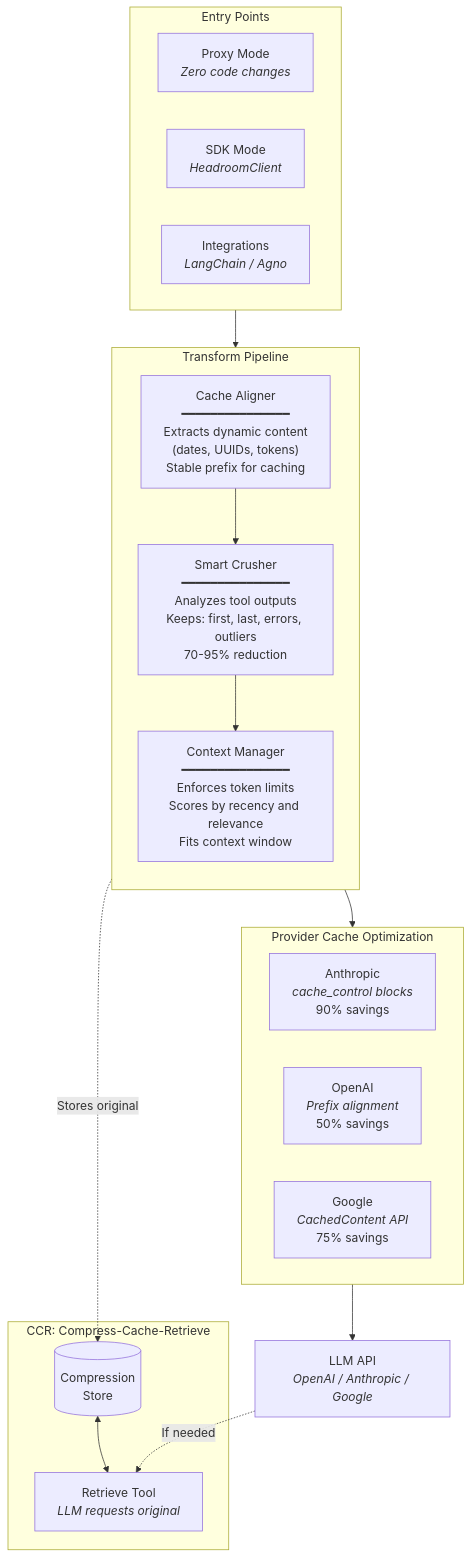
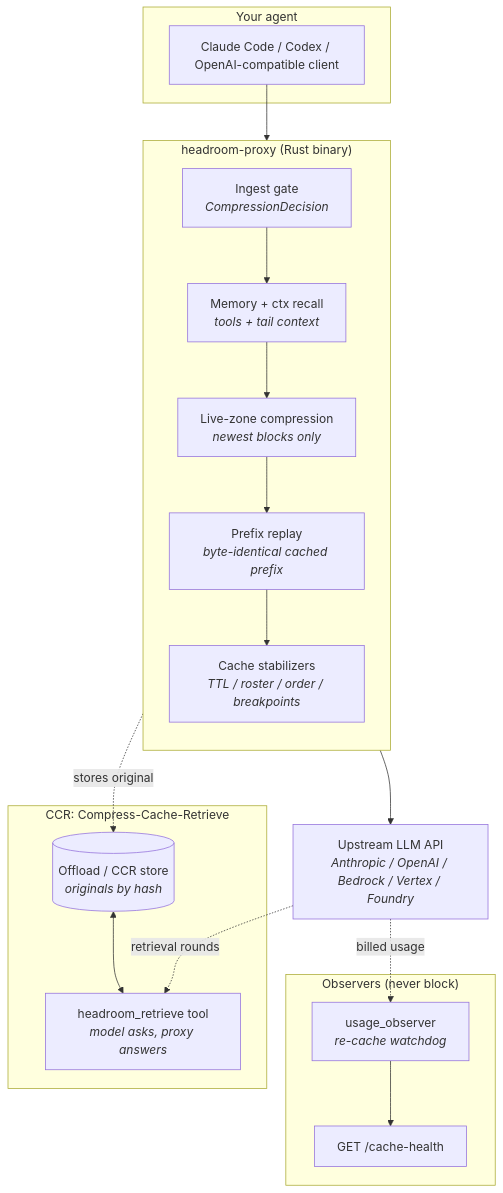
The diagram in wiki/ARCHITECTURE.md (RubenAAA/headroom), drawn with Mermaid before and after one commit. The commit also changed other lines of this file and 26 other files, not shown here.

````diff
--- a/wiki/ARCHITECTURE.md
+++ b/wiki/ARCHITECTURE.md
@@ -5,41 +10,36 @@
 ```mermaid
 flowchart TB
-    subgraph Entry["Entry Points"]
-        Proxy["Proxy Mode<br/><i>Zero code changes</i>"]
-        SDK["SDK Mode<br/><i>HeadroomClient</i>"]
-        Integrations["Integrations<br/><i>LangChain / Agno</i>"]
+    subgraph Client["Your agent"]
+        Code["Claude Code / Codex / OpenAI-compatible client"]
     end
 
-    subgraph Pipeline["Transform Pipeline"]
+    subgraph Proxy["headroom-proxy (Rust binary)"]
         direction TB
-
-        CA["Cache Aligner<br/>━━━━━━━━━━━━━━━<br/>Extracts dynamic content<br/>(dates, UUIDs, tokens)<br/>Stable prefix for caching"]
-
-        SC["Smart Crusher<br/>━━━━━━━━━━━━━━━<br/>Analyzes tool outputs<br/>Keeps: first, last, errors, outliers<br/>70-95% reduction"]
-
-        CM["Context Manager<br/>━━━━━━━━━━━━━━━<br/>Enforces token limits<br/>Scores by recency and relevance<br/>Fits context window"]
-
-        CA --> SC --> CM
-    end
-
-    subgraph Cache["Provider Cache Optimization"]
-        direction LR
-        Anthropic["Anthropic<br/><i>cache_control blocks</i><br/>90% savings"]
-        OpenAI["OpenAI<br/><i>Prefix alignment</i><br/>50% savings"]
-        Google["Google<br/><i>CachedContent API</i><br/>75% savings"]
+        Gate["Ingest gate<br/><i>CompressionDecision</i>"]
+        Mem["Memory + ctx recall<br/><i>tools + tail context</i>"]
+        Comp["Live-zone compression<br/><i>newest blocks only</i>"]
+        Replay["Prefix replay<br/><i>byte-identical cached prefix</i>"]
+        Stab["Cache stabilizers<br/><i>TTL / roster / order / breakpoints</i>"]
+        Gate --> Mem --> Comp --> Replay --> Stab
     end
 
     subgraph CCR["CCR: Compress-Cache-Retrieve"]
-        Store[("Compression<br/>Store")]
-        Tool["Retrieve Tool<br/><i>LLM requests original</i>"]
+        Store[("Offload / CCR store<br/><i>originals by hash</i>")]
+        Tool["headroom_retrieve tool<br/><i>model asks, proxy answers</i>"]
         Store <--> Tool
     end
 
-    LLM["LLM API<br/><i>OpenAI / Anthropic / Google</i>"]
+    subgraph Obs["Observers (never block)"]
+        Watch["usage_observer<br/><i>re-cache watchdog</i>"]
+        Health["GET /cache-health"]
+        Watch --> Health
+    end
 
-    Entry --> Pipeline
-    Pipeline --> Cache
-    Cache --> LLM
-    SC -.->|"Stores original"| Store
-    LLM -.->|"If needed"| Tool
+    LLM["Upstream LLM API<br/><i>Anthropic / OpenAI / Bedrock / Vertex / Foundry</i>"]
+
+    Code --> Proxy
+    Proxy --> LLM
+    Comp -.->|"stores original"| Store
+    LLM -.->|"retrieval rounds"| Tool
+    LLM -.->|"billed usage"| Watch
 ```
````
